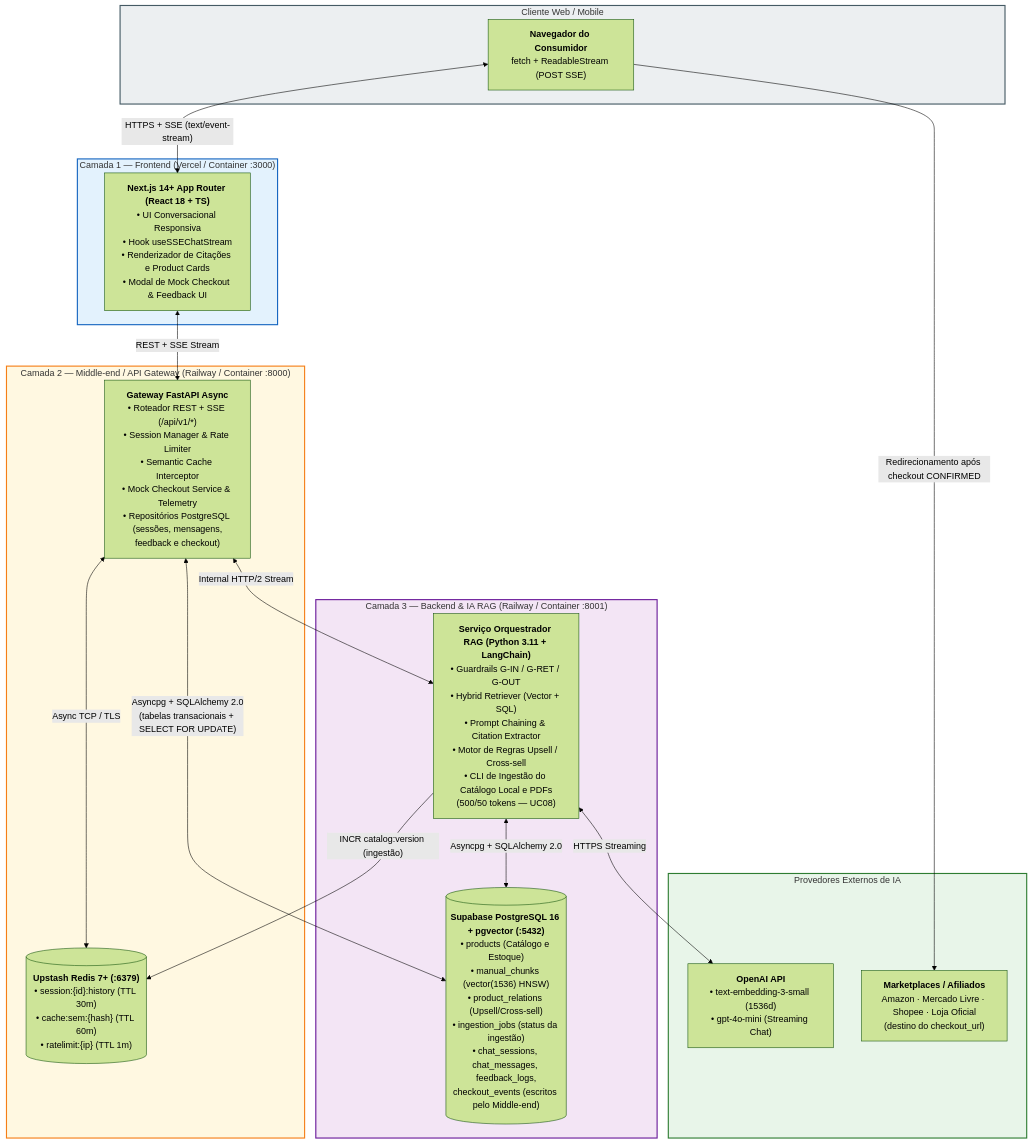
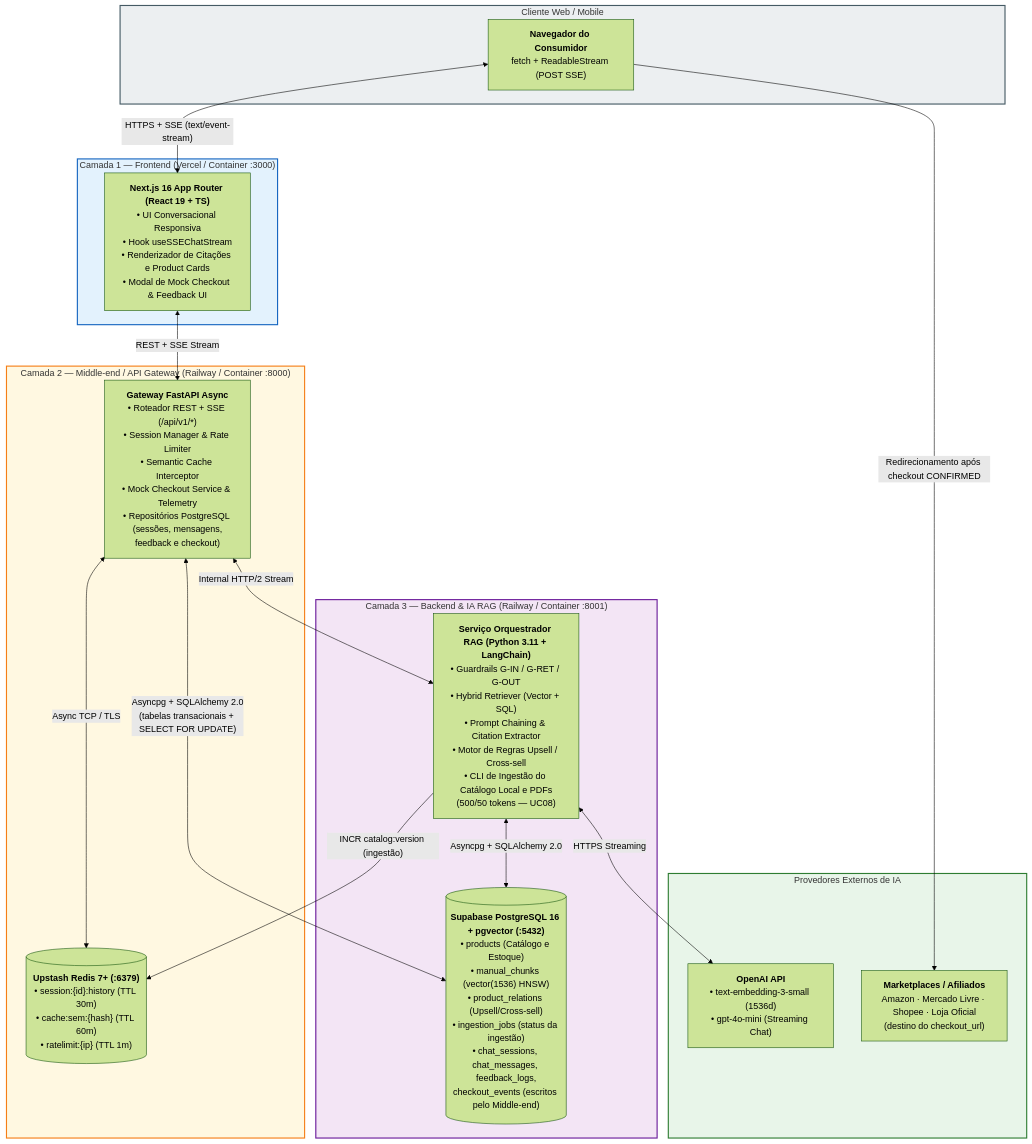
One commit to rodrigololr/smartsales_rag changed the first of 2 diagrams in specs/architecture/01_system_architecture_and_stack.md. Above: the diagram before and after it, drawn with Mermaid (forest theme). The commit also changed 7 other files, not shown here.

````diff
--- a/specs/architecture/01_system_architecture_and_stack.md
+++ b/specs/architecture/01_system_architecture_and_stack.md
@@ -11,41 +11,41 @@
 ```mermaid
 flowchart TB
     subgraph USER_LAYER ["Cliente Web / Mobile"]
         BROWSER["<b>Navegador do Consumidor</b><br/>fetch + ReadableStream (POST SSE)"]
     end
 
     subgraph TIER1 ["Camada 1 — Frontend (Vercel / Container :3000)"]
-        NEXT["<b>Next.js 14+ App Router (React 18 + TS)</b><br/>• UI Conversacional Responsiva<br/>• Hook useSSEChatStream<br/>• Renderizador de Citações e Product Cards<br/>• Modal de Mock Checkout & Feedback UI"]
+        NEXT["<b>Next.js 16 App Router (React 19 + TS)</b><br/>• UI Conversacional Responsiva<br/>• Hook useSSEChatStream<br/>• Renderizador de Citações e Product Cards<br/>• Modal de Mock Checkout & Feedback UI"]
     end
 
     subgraph TIER2 ["Camada 2 — Middle-end / API Gateway (Railway / Container :8000)"]
         GW["<b>Gateway FastAPI Async</b><br/>• Roteador REST + SSE (/api/v1/*)<br/>• Session Manager & Rate Limiter<br/>• Semantic Cache Interceptor<br/>• Mock Checkout Service & Telemetry<br/>• Repositórios PostgreSQL (sessões, mensagens,<br/>feedback e checkout)"]
         REDIS[("<b>Upstash Redis 7+ (:6379)</b><br/>• session:{id}:history (TTL 30m)<br/>• cache:sem:{hash} (TTL 60m)<br/>• ratelimit:{ip} (TTL 1m)")]
     end
 
     subgraph TIER3 ["Camada 3 — Backend & IA RAG (Railway / Container :8001)"]
         RAG["<b>Serviço Orquestrador RAG (Python 3.11 + LangChain)</b><br/>• Guardrails G-IN / G-RET / G-OUT<br/>• Hybrid Retriever (Vector + SQL)<br/>• Prompt Chaining & Citation Extractor<br/>• Motor de Regras Upsell / Cross-sell<br/>• CLI de Ingestão do Catálogo Local e PDFs<br/>(500/50 tokens — UC08)"]
         PG[("<b>Supabase PostgreSQL 16 + pgvector (:5432)</b><br/>• products (Catálogo e Estoque)<br/>• manual_chunks (vector(1536) HNSW)<br/>• product_relations (Upsell/Cross-sell)<br/>• ingestion_jobs (status da ingestão)<br/>• chat_sessions, chat_messages, feedback_logs,<br/>checkout_events (escritos pelo Middle-end)")]
     end
 
     subgraph EXT ["Provedores Externos de IA"]
         OPENAI["<b>OpenAI API</b><br/>• text-embedding-3-small (1536d)<br/>• gpt-4o-mini (Streaming Chat)"]
         MKT["<b>Marketplaces / Afiliados</b><br/>Amazon · Mercado Livre · Shopee · Loja Oficial<br/>(destino do checkout_url)"]
     end
 
     BROWSER <-->|"HTTPS + SSE (text/event-stream)"| NEXT
     NEXT <-->|"REST + SSE Stream"| GW
     GW <-->|"Async TCP / TLS"| REDIS
     GW <-->|"Internal HTTP/2 Stream"| RAG
     GW <-->|"Asyncpg + SQLAlchemy 2.0<br/>(tabelas transacionais + SELECT FOR UPDATE)"| PG
     RAG <-->|"Asyncpg + SQLAlchemy 2.0"| PG
     RAG -->|"INCR catalog:version (ingestão)"| REDIS
     RAG <-->|"HTTPS Streaming"| OPENAI
     BROWSER -->|"Redirecionamento após checkout CONFIRMED"| MKT
 
     style USER_LAYER fill:#eceff1,stroke:#455a64,stroke-width:2px
     style TIER1 fill:#e3f2fd,stroke:#1565c0,stroke-width:2px
     style TIER2 fill:#fff8e1,stroke:#f57f17,stroke-width:2px
     style TIER3 fill:#f3e5f5,stroke:#6a1b9a,stroke-width:2px
     style EXT fill:#e8f5e9,stroke:#2e7d32,stroke-width:2px
 ```
````
